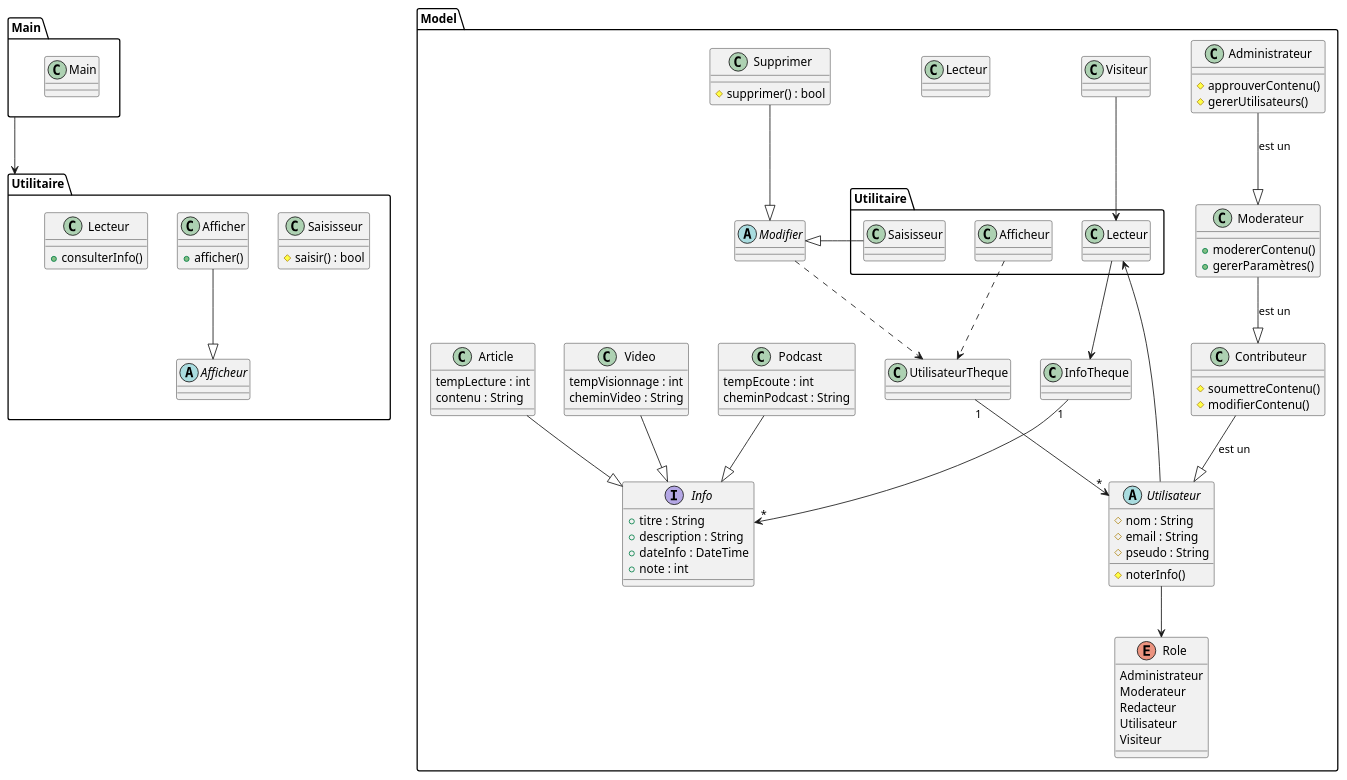
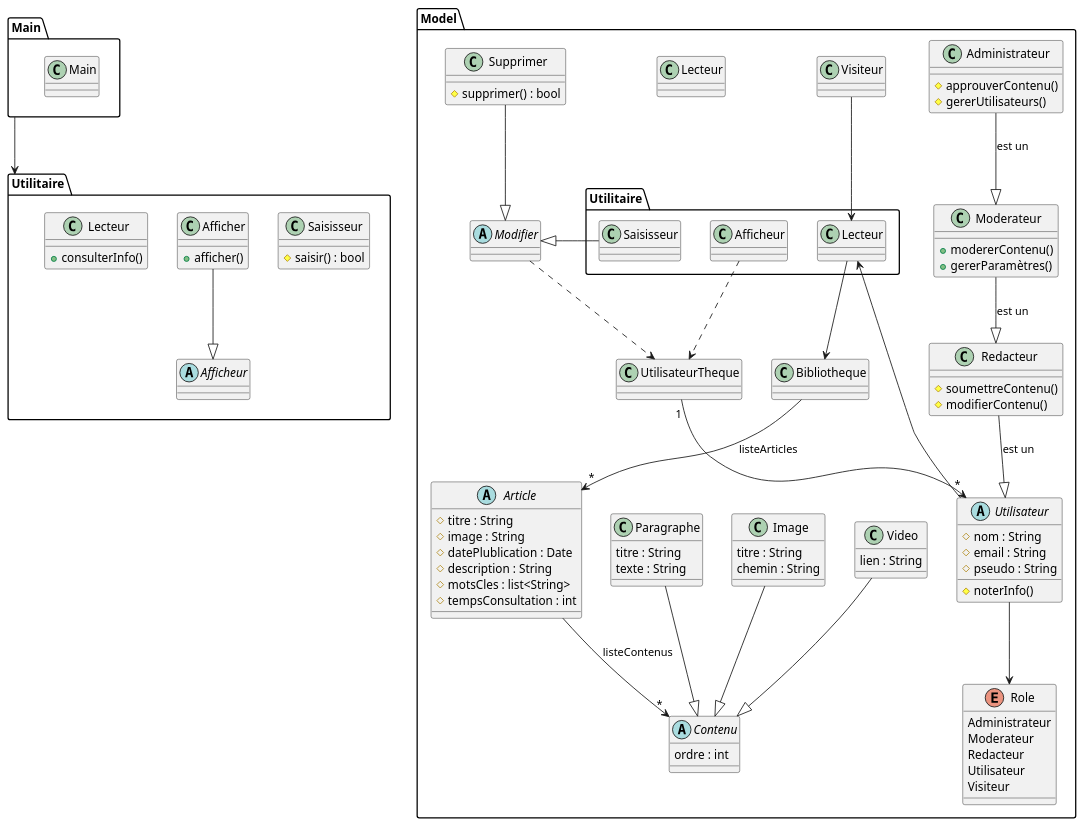
One commit to tonyfgs/Verax changed the diagram in Diagramme/diagrammeClasse.md. Above: the diagram before and after it, drawn with PlantUML. The commit also changed 2 other files, not shown here.

```diff
--- a/Diagramme/diagrammeClasse.md
+++ b/Diagramme/diagrammeClasse.md
@@ -13,7 +13,7 @@
         # pseudo : String
         # noterInfo() 
     }
-    class Contributeur {
+    class Redacteur {
         # soumettreContenu()
         # modifierContenu()
     }
@@ -34,26 +34,7 @@
     class Supprimer {
         # supprimer() : bool
     }
-    class InfoTheque {
-    }
-    interface Info {
-        + titre : String
-        + description : String
-        + dateInfo : DateTime
-        + note : int
-    }
-    class Article {
-        tempLecture : int
-        contenu : String
-    }
-    class Podcast {
-        tempEcoute : int
-        cheminPodcast : String
-    }
-    class Video {
-        tempVisionnage : int
-        cheminVideo : String
-    }
+
     enum Role{
         Administrateur
         Moderateur
@@ -62,21 +43,48 @@
         Visiteur
     }
 
-    InfoTheque "1" --> "*"  Info
-    Podcast --|> Info
-    Article --|> Info
-    Video --|> Info
+    abstract class Article{
+        # titre : String
+        # image : String
+        # datePlublication : Date
+        # description : String
+        # motsCles : list<String>
+        # tempsConsultation : int
+    }
+    abstract class Contenu{
+        ordre : int
+    }
+    class Image{
+        titre : String
+        chemin : String
+    }
+    class Paragraphe{
+        titre : String
+        texte : String
+    }
+    class Video{
+        lien : String
+    }
+    class Bibliotheque{}
 
-    Contributeur --|> Utilisateur : est un
-    Moderateur --|>  Contributeur : est un
+
+    Article --> "*" Contenu : "listeContenus"
+    Bibliotheque --> "*" Article : "listeArticles"
+
+    Paragraphe --|> Contenu
+    Image --|> Contenu
+    Video --|> Contenu
+
+    Redacteur --|> Utilisateur : est un
+    Moderateur --|>  Redacteur : est un
     Administrateur --|> Moderateur : est un 
     Utilisateur -->Role
 
+    Utilitaire.Lecteur --> Bibliotheque
     UtilisateurTheque "1" --> "*"  Utilisateur
     Modifier ..> UtilisateurTheque
     Supprimer --|> Modifier
 
-    Utilitaire.Lecteur --> InfoTheque
     Utilisateur --> Utilitaire.Lecteur
     Visiteur --> Utilitaire.Lecteur
     Utilitaire.Saisisseur --|> Modifier
```
